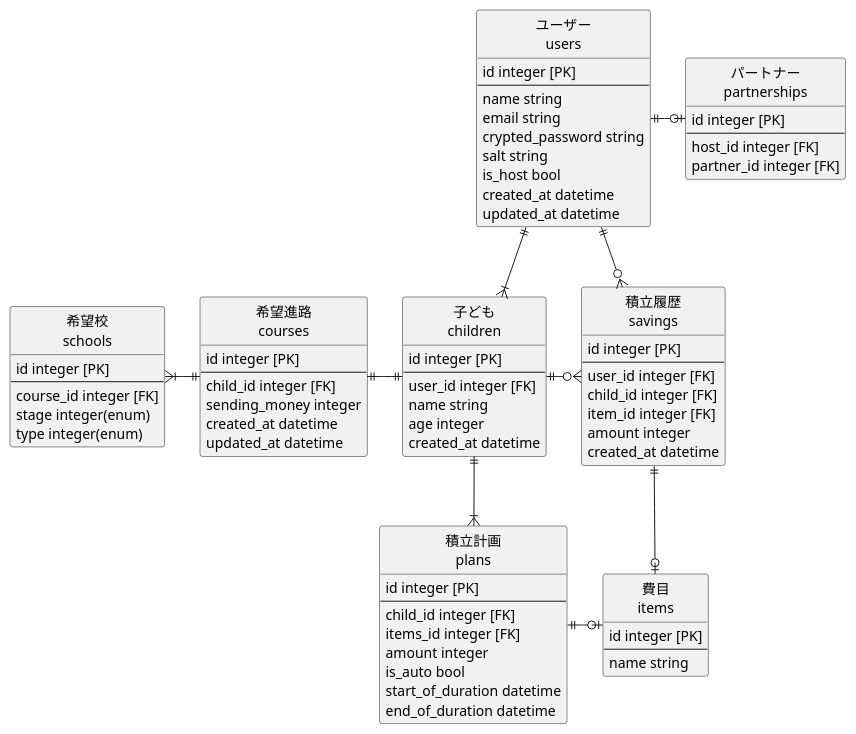
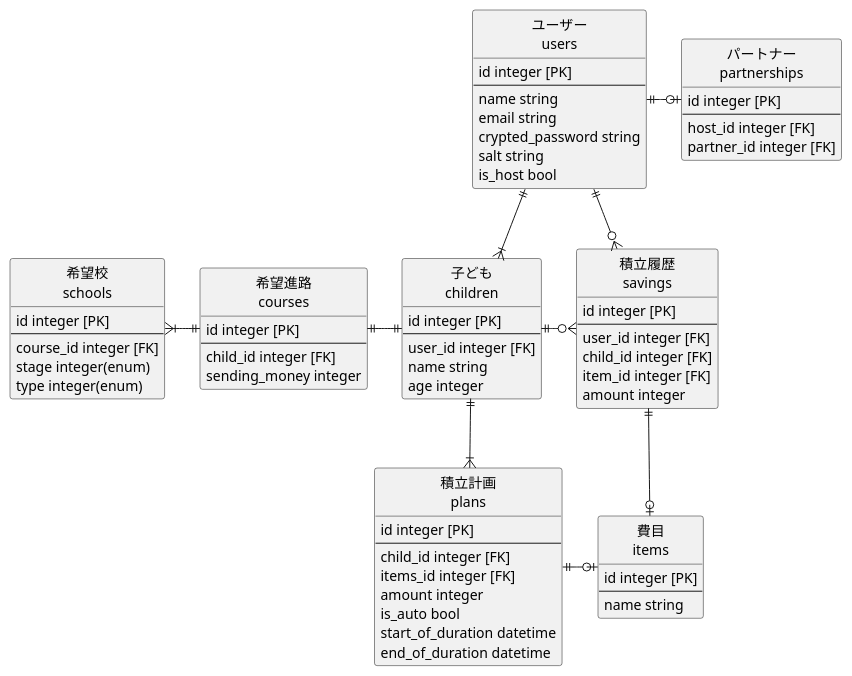
One commit to tomomih217/kokeibo changed the diagram in er_diagram.pu. Above: the diagram before and after it, drawn with PlantUML.

Commit message:
Improve: timestampは無しで統一しました。

```diff
--- a/er_diagram.pu
+++ b/er_diagram.pu
@@ -1,95 +1,89 @@
 @startuml kokebo
 hide circle
 hide empty members
 
 'ユーザー情報
 entity "ユーザー\nusers" as users {
   id integer [PK]
   --
   name string
   email string
   crypted_password string
   salt string
   is_host bool
-  created_at datetime
-  updated_at datetime
 }
 
 '会員(host:users)とパートナー(partner:users)の中間テーブル
 entity "パートナー\npartnerships" as partnerships {
   id integer [PK]
   --
   host_id integer [FK]
   partner_id integer [FK]
 }
 
 '子どもの情報
 entity "子ども\nchildren" as children {
   id integer [PK]
   --
   user_id integer [FK]
   name string
   age integer
-  created_at datetime
 }
 
 '教育費シュミレーション時に入力する基本情報を保存するテーブル
 entity "希望進路\ncourses" as courses {
   id integer [PK]
   --
   child_id integer [FK]
   sending_money integer
-  created_at datetime
-  updated_at datetime
 }
 
 '教育費シュミレーション時に入力する学校の情報を保存するテーブル
 entity "希望校\nschools" as schools {
   id integer [PK]
   --
   course_id integer [FK]
   stage integer(enum)
   type integer(enum)
 }
 
 '実際に積立したお金を保存するテーブル
 entity "積立履歴\nsavings" as savings{
   id integer [PK]
   --
   user_id integer [FK]
   child_id integer [FK]
   item_id integer [FK]
   amount integer
-  created_at datetime
 }
 
 '費目の種類を保存するテーブル
 entity "費目\nitems" as items {
   id integer [PK]
   --
   name string
 }
 
 '積立計画を保存するテーブル
 entity "積立計画\nplans" as plans {
   id integer [PK]
   --
   child_id integer [FK]
   items_id integer [FK]
   amount integer
   is_auto bool
   start_of_duration datetime
   end_of_duration datetime
 }
 
 users ||-r-o| partnerships
 users ||--|{ children
 users ||-r-o{ savings
 children ||-l-|| courses
 children ||-r-o{ savings
 children ||--|{ plans
 courses ||-l-|{ schools
 savings ||-r-o| items
 plans ||-r-o| items
 
 @enduml
```
